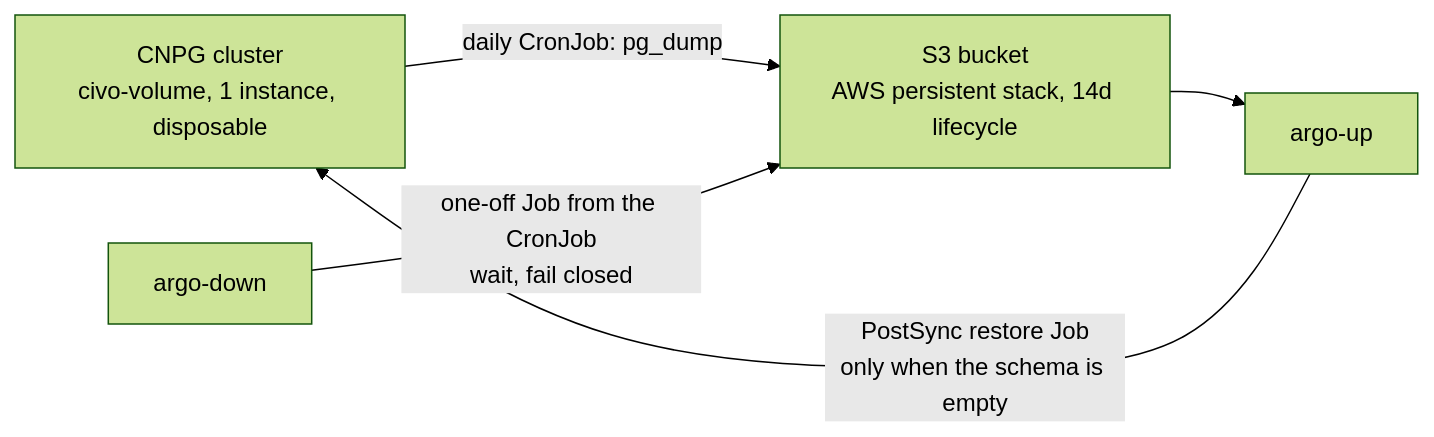
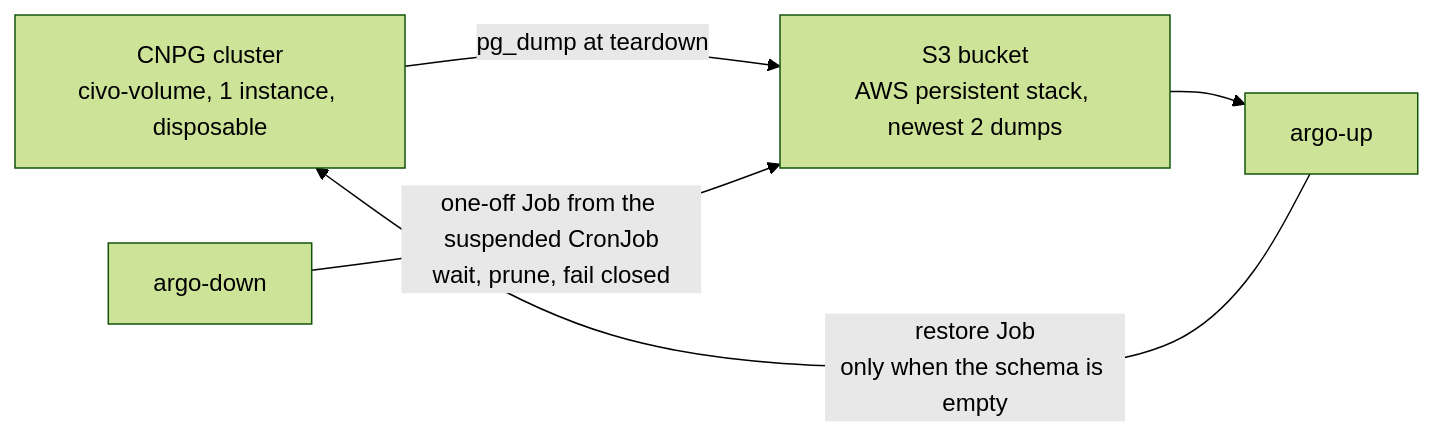
Before and after one commit to savak1990/vk-lab-platform: the third of 3 diagrams in docs/civo-high-level-design.md, drawn with Mermaid (forest theme). The commit also changed 8 other files, not shown here.

````diff
--- a/docs/civo-high-level-design.md
+++ b/docs/civo-high-level-design.md
@@ -90,7 +90,7 @@
 ```mermaid
 flowchart LR
-  PG[CNPG cluster<br/>civo-volume, 1 instance, disposable] -->|daily CronJob: pg_dump| S3[S3 bucket<br/>AWS persistent stack, 14d lifecycle]
-  AD[argo-down] -->|one-off Job from the CronJob<br/>wait, fail closed| S3
-  AU[argo-up] -->|PostSync restore Job<br/>only when the schema is empty| PG
+  PG[CNPG cluster<br/>civo-volume, 1 instance, disposable] -->|pg_dump at teardown| S3[S3 bucket<br/>AWS persistent stack, newest 2 dumps]
+  AD[argo-down] -->|one-off Job from the suspended CronJob<br/>wait, prune, fail closed| S3
+  AU[argo-up] -->|restore Job<br/>only when the schema is empty| PG
   S3 --> AU
 ```
````
